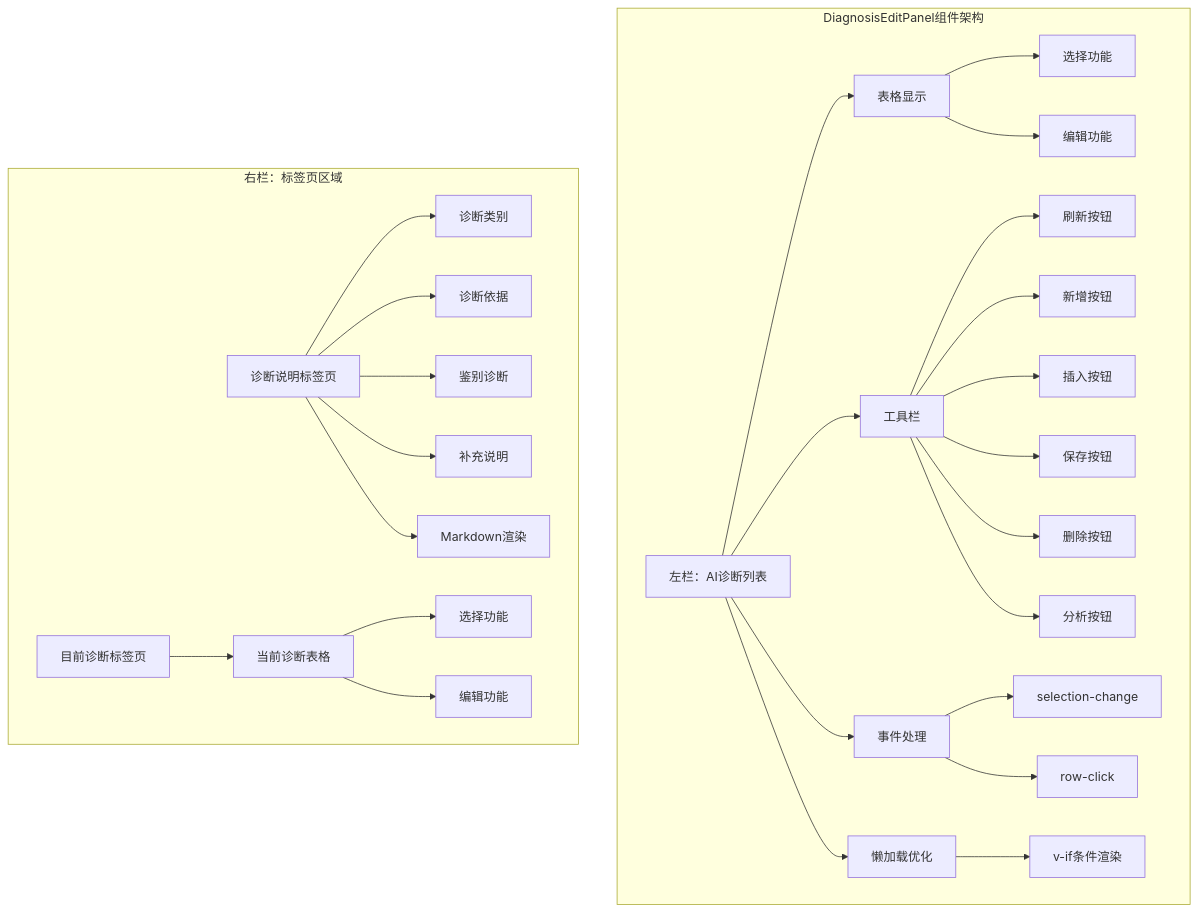
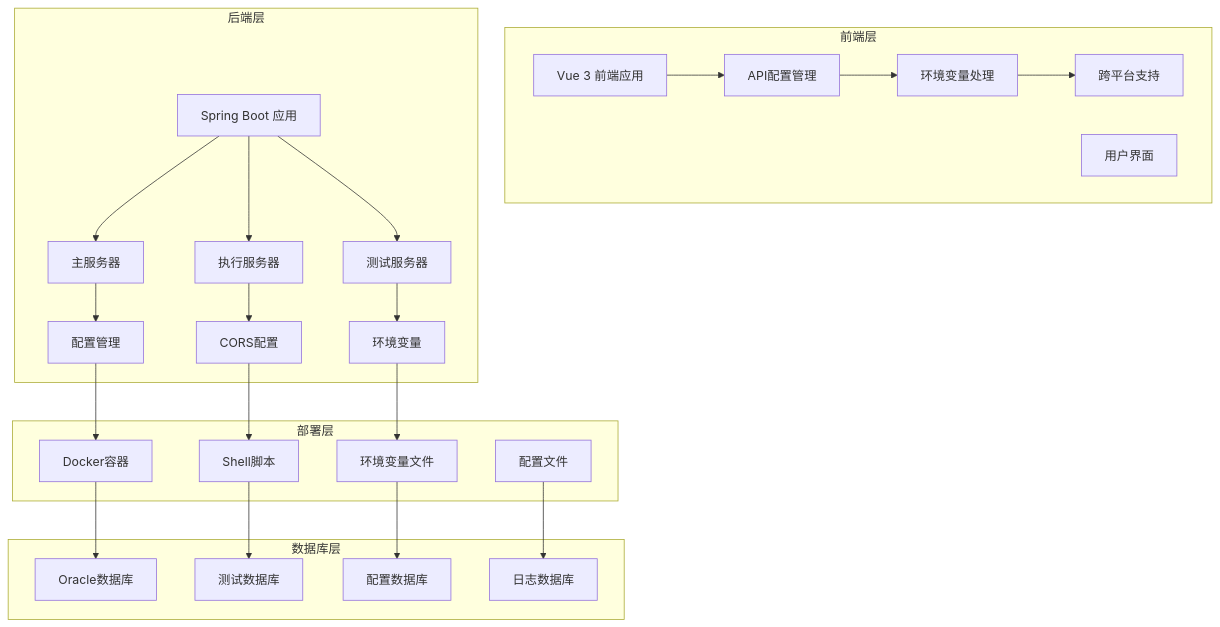
One commit to liuzh2008/med_ai_assistant_workspace changed diagram 16 of 18 in .qoder/repowiki/zh/content/Update Summary/Update Summary.md. Above: the diagram before and after it, drawn with Mermaid. The commit also changed other lines of this file and 3 other files, not shown here.

````diff
--- a/.qoder/repowiki/zh/content/Update Summary/Update Summary.md
+++ b/.qoder/repowiki/zh/content/Update Summary/Update Summary.md
@@ -865,30 +804,47 @@
 ```mermaid
 graph TB
-subgraph "DiagnosisEditPanel组件架构"
-A[左栏：AI诊断列表] --> B[表格显示]
-B --> C[选择功能]
-B --> D[编辑功能]
-A --> E[工具栏]
-E --> F[刷新按钮]
-E --> G[新增按钮]
-E --> H[插入按钮]
-E --> I[保存按钮]
-E --> J[删除按钮]
-E --> K[分析按钮]
-A --> L[事件处理]
-L --> M[selection-change]
-L --> N[row-click]
-A --> O[懒加载优化]
-O --> P[v-if条件渲染]
+subgraph "前端层"
+A[Vue 3 前端应用]
+B[用户界面]
+C[API配置管理]
+D[环境变量处理]
+E[跨平台支持]
 end
-subgraph "右栏：标签页区域"
-Q[诊断说明标签页] --> R[诊断类别]
-Q --> S[诊断依据]
-Q --> T[鉴别诊断]
-Q --> U[补充说明]
-Q --> V[Markdown渲染]
-W[目前诊断标签页] --> X[当前诊断表格]
-X --> Y[选择功能]
-X --> Z[编辑功能]
+subgraph "后端层"
+F[Spring Boot 应用]
+G[主服务器]
+H[执行服务器]
+I[测试服务器]
+J[配置管理]
+K[CORS配置]
+L[环境变量]
 end
+subgraph "部署层"
+M[Docker容器]
+N[Shell脚本]
+O[环境变量文件]
+P[配置文件]
+end
+subgraph "数据库层"
+Q[Oracle数据库]
+R[测试数据库]
+S[配置数据库]
+T[日志数据库]
+end
+A --> C
+C --> D
+D --> E
+F --> G
+F --> H
+F --> I
+G --> J
+H --> K
+I --> L
+J --> M
+K --> N
+L --> O
+M --> Q
+N --> R
+O --> S
+P --> T
 ```
````
